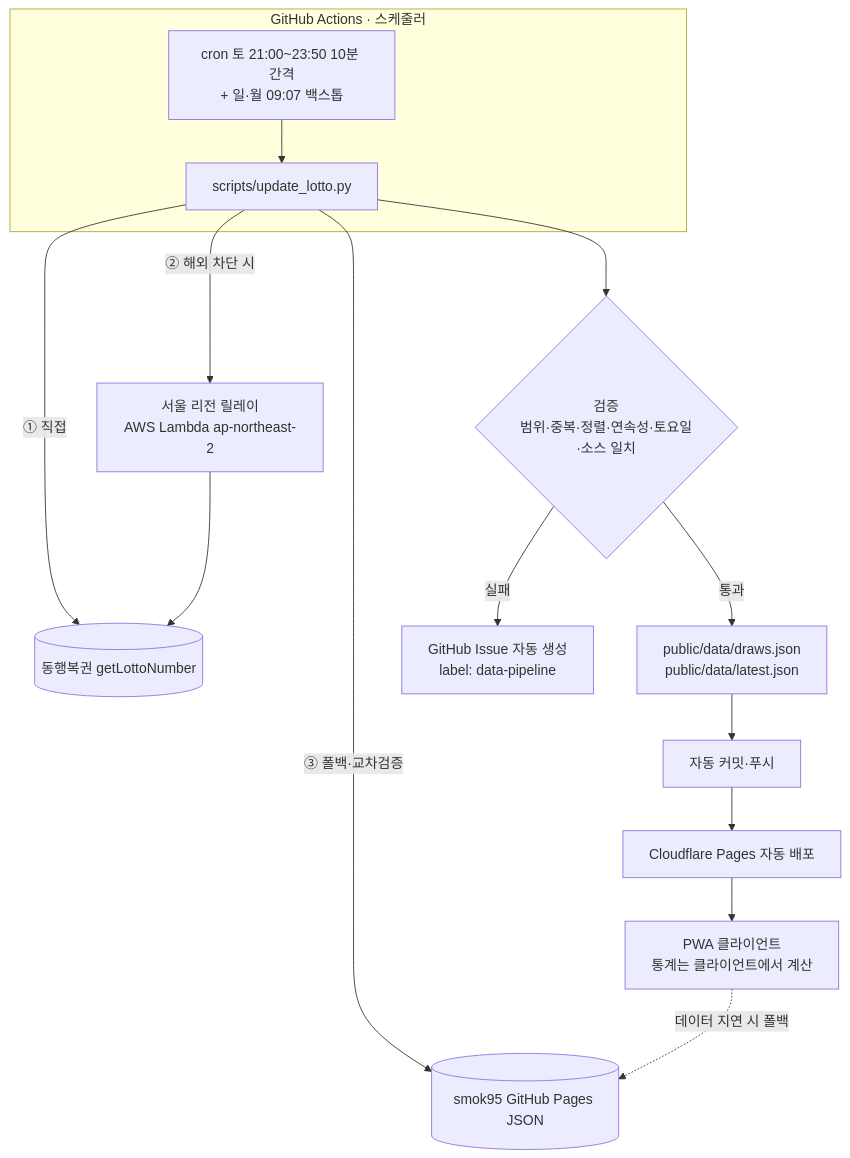
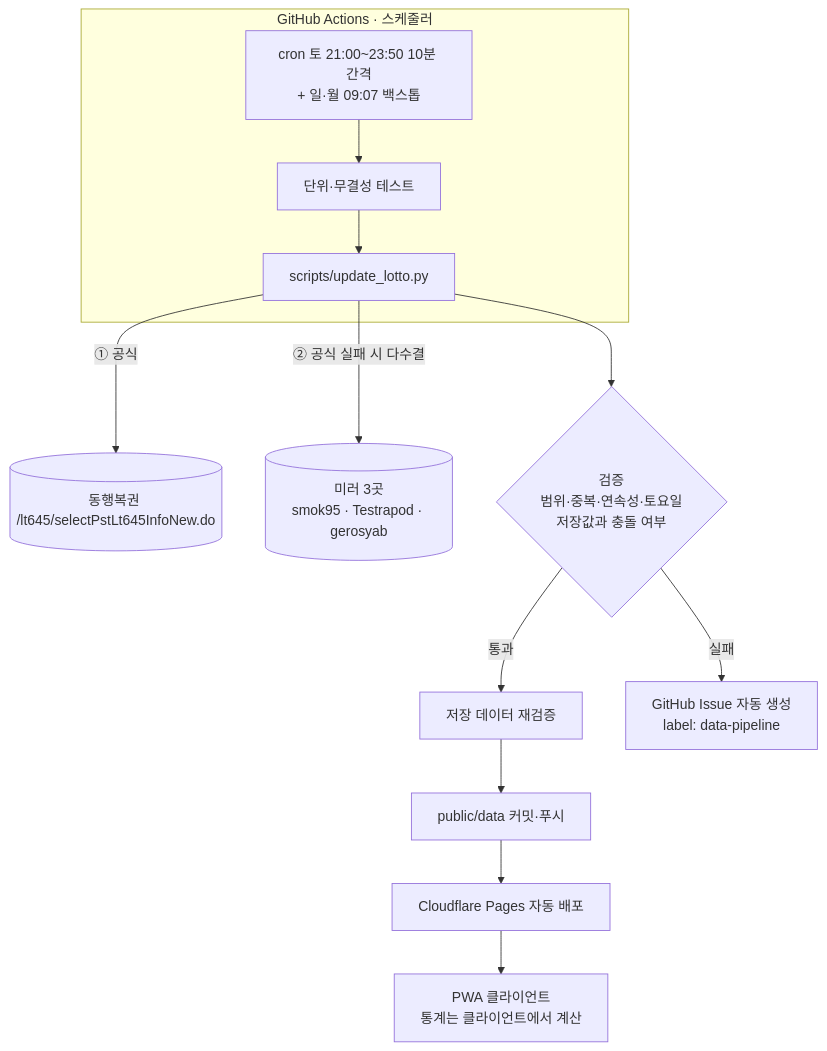
One commit to taezzixo/lotto changed the second of 3 diagrams in docs/PRD.md. Above: the diagram before and after it, drawn with Mermaid. The commit also changed other lines of this file and 6 other files, not shown here.

First line of the commit message:
feat(data): seed draws 1-1250 (3-way cross-verified) and weekly ingestion pipeline

````diff
--- a/docs/PRD.md
+++ b/docs/PRD.md
@@ -327,15 +341,12 @@
 ```mermaid
 flowchart TB
     subgraph GH[GitHub Actions · 스케줄러]
-      CRON[cron 토 21:00~23:50 10분 간격<br/>+ 일·월 09:07 백스톱] --> ETL[scripts/update_lotto.py]
+      CRON[cron 토 21:00~23:50 10분 간격<br/>+ 일·월 09:07 백스톱] --> TEST[단위·무결성 테스트] --> ETL[scripts/update_lotto.py]
     end
-    ETL -- ① 직접 --> DH[(동행복권 getLottoNumber)]
-    ETL -- ② 해외 차단 시 --> RELAY[서울 리전 릴레이<br/>AWS Lambda ap-northeast-2] --> DH
-    ETL -- ③ 폴백·교차검증 --> SM[(smok95 GitHub Pages JSON)]
-    ETL --> VAL{검증<br/>범위·중복·정렬·연속성·토요일·소스 일치}
-    VAL -- 통과 --> FILES[public/data/draws.json<br/>public/data/latest.json]
+    ETL -- ① 공식 --> DH[(동행복권 /lt645/selectPstLt645InfoNew.do)]
+    ETL -- ② 공식 실패 시 다수결 --> MIR[(미러 3곳<br/>smok95 · Testrapod · gerosyab)]
+    ETL --> VAL{검증<br/>범위·중복·연속성·토요일<br/>저장값과 충돌 여부}
+    VAL -- 통과 --> RECHK[저장 데이터 재검증] --> COMMIT[public/data 커밋·푸시] --> CF[Cloudflare Pages 자동 배포]
     VAL -- 실패 --> ISSUE[GitHub Issue 자동 생성<br/>label: data-pipeline]
-    FILES --> COMMIT[자동 커밋·푸시] --> CF[Cloudflare Pages 자동 배포]
     CF --> APP[PWA 클라이언트<br/>통계는 클라이언트에서 계산]
-    APP -. 데이터 지연 시 폴백 .-> SM
 ```
````
